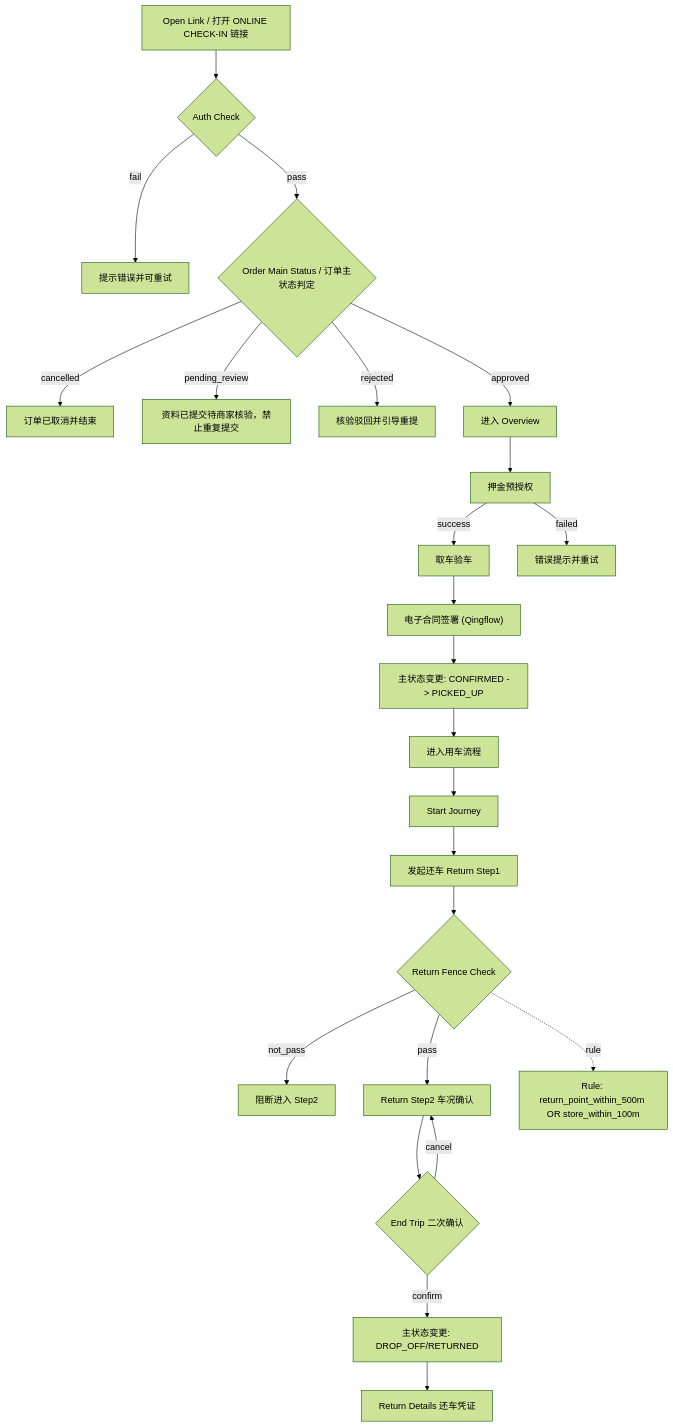
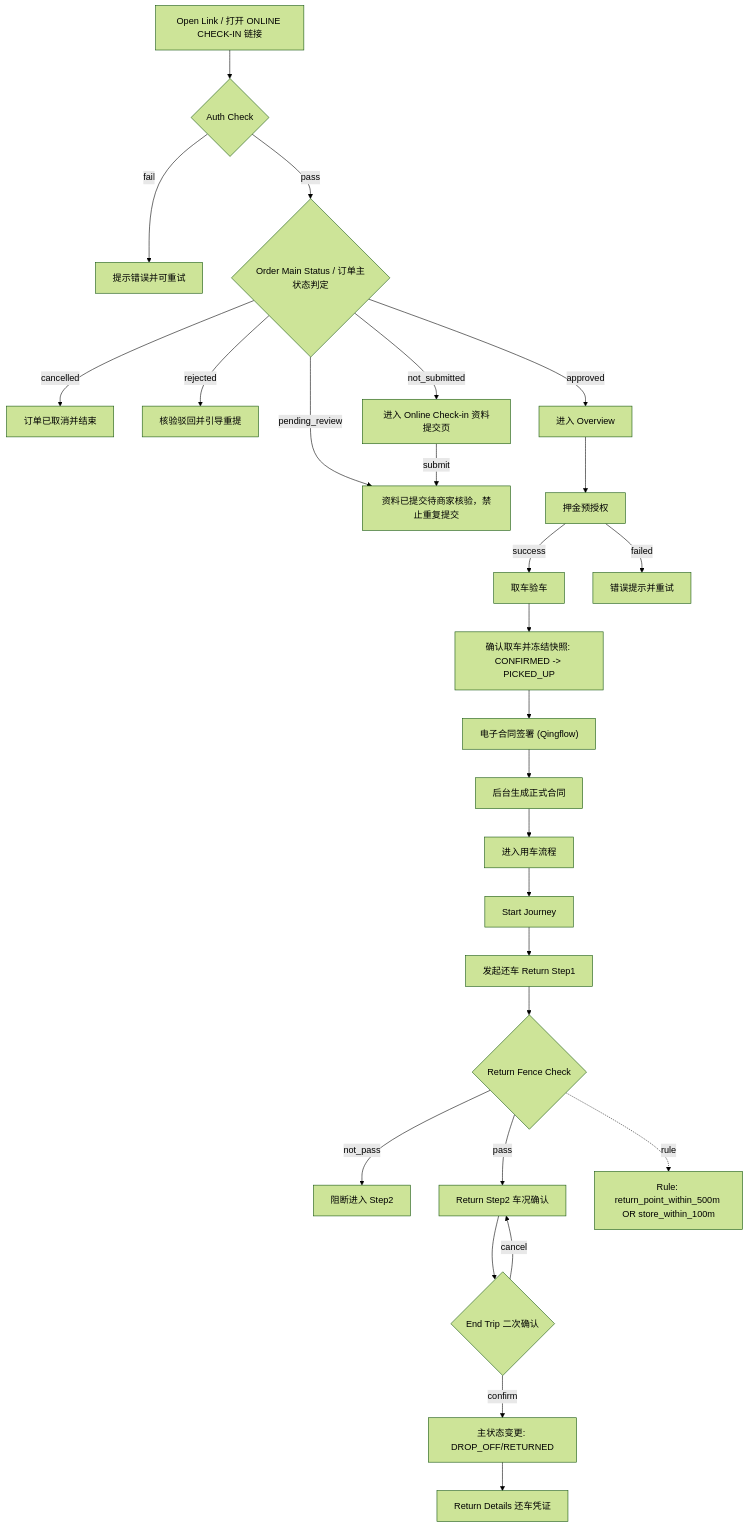
Before and after one commit to leonhard1Q84/car-rental-2c-apps: the first of 2 diagrams in workspace/customer/specs/epic/selfservice-rental-baseline.md, drawn with Mermaid (forest theme). The commit also changed other lines of this file and 180 other files, not shown here.

````diff
--- a/workspace/customer/specs/epic/selfservice-rental-baseline.md
+++ b/workspace/customer/specs/epic/selfservice-rental-baseline.md
@@ -58,32 +103,35 @@
 ```mermaid
 flowchart TD
     A["Open Link / 打开 ONLINE CHECK-IN 链接"] --> B{"Auth Check"}
     B -->|fail| B1["提示错误并可重试"]
     B -->|pass| C{"Order Main Status / 订单主状态判定"}
 
     C -->|cancelled| C1["订单已取消并结束"]
     C -->|pending_review| C3["资料已提交待商家核验，禁止重复提交"]
     C -->|rejected| C2["核验驳回并引导重提"]
+    C -->|not_submitted| C4["进入 Online Check-in 资料提交页"]
+    C4 -->|submit| C3
     C -->|approved| D["进入 Overview"]
 
     D --> E["押金预授权"]
     E -->|success| F["取车验车"]
     E -->|failed| E1["错误提示并重试"]
 
-    F --> G["电子合同签署 (Qingflow)"]
-    G --> H["主状态变更: CONFIRMED -> PICKED_UP"]
-    H --> I["进入用车流程"]
+    F --> H["确认取车并冻结快照: CONFIRMED -> PICKED_UP"]
+    H --> G["电子合同签署 (Qingflow)"]
+    G --> G1["后台生成正式合同"]
+    G1 --> I["进入用车流程"]
     I --> I1["Start Journey"]
 
     I1 --> J["发起还车 Return Step1"]
     J --> J1{"Return Fence Check"}
     J1 -->|not_pass| J2["阻断进入 Step2"]
     J1 -->|pass| K["Return Step2 车况确认"]
     J1 -. rule .-> R["Rule: return_point_within_500m OR store_within_100m"]
 
     K --> L{"End Trip 二次确认"}
     L -->|cancel| K
     L -->|confirm| M["主状态变更: DROP_OFF/RETURNED"]
 
     M --> O["Return Details 还车凭证"]
 ```
````
